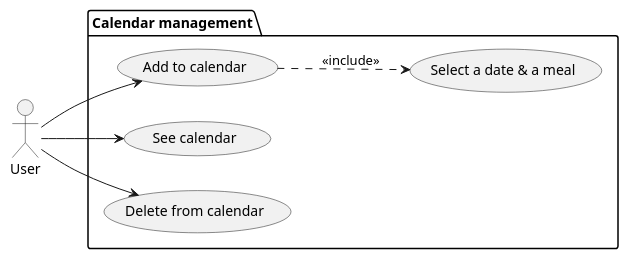
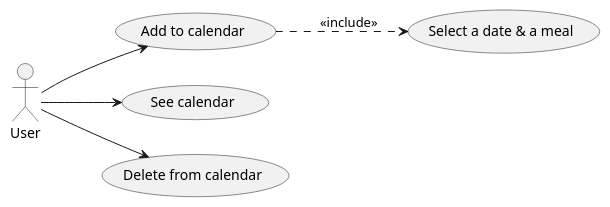
Before and after one commit to iusildra/WineCellar: the tenth of 13 diagrams in doc/reports/usecaseAnalysis/plantuml/detailledUsecases.plantuml, drawn with PlantUML. The commit also changed other lines of this file and 38 other files, not shown here.

```diff
--- a/doc/reports/usecaseAnalysis/plantuml/detailledUsecases.plantuml
+++ b/doc/reports/usecaseAnalysis/plantuml/detailledUsecases.plantuml
@@ -134,19 +128,17 @@
 @startuml calendarManagement
 
 left to right direction
 
 actor User as u
 
-package "Calendar management" {
-  usecase (Add to calendar) as u1
-  usecase (Select a date & a meal) as u2
-  usecase (See calendar) as u3
-  usecase (Delete from calendar) as u4
-}
+usecase (Add to calendar) as u1
+usecase (Select a date & a meal) as u2
+usecase (See calendar) as u3
+usecase (Delete from calendar) as u4
 
 u --> u1
 u --> u3
 u --> u4
 u1 ..> u2 : <<include>>
 
 @enduml
```
